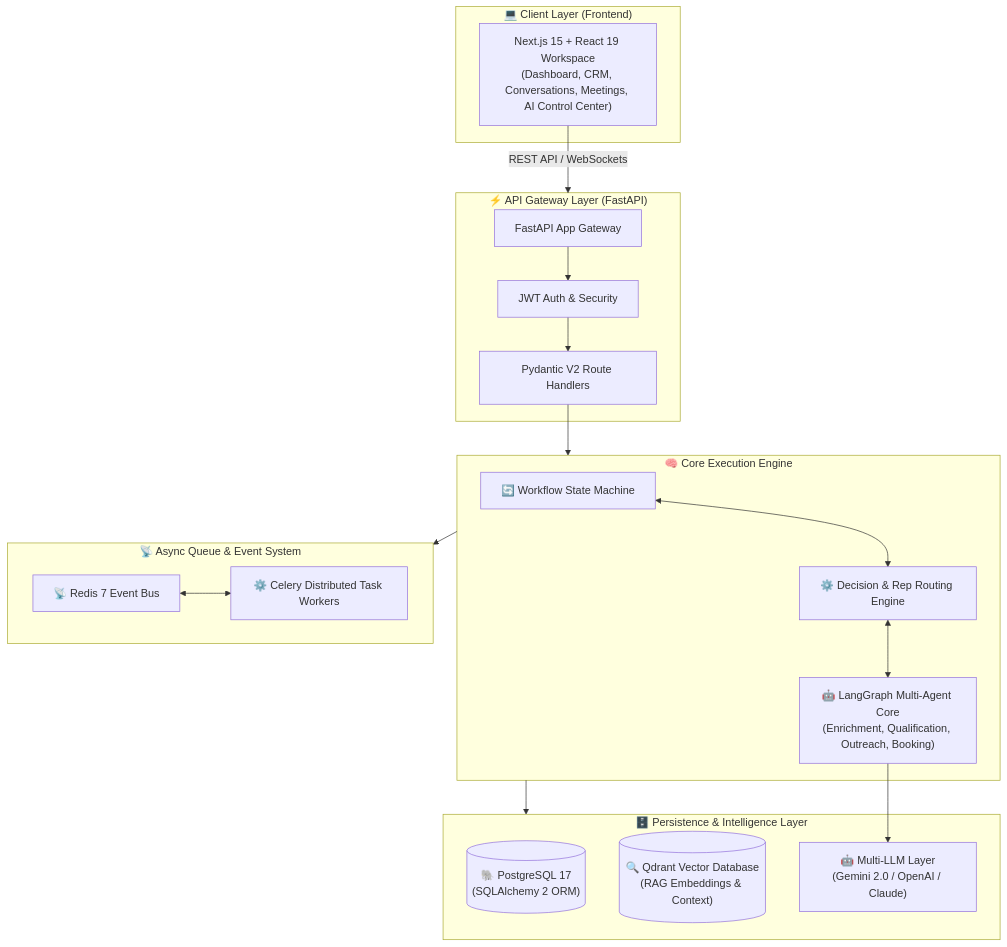
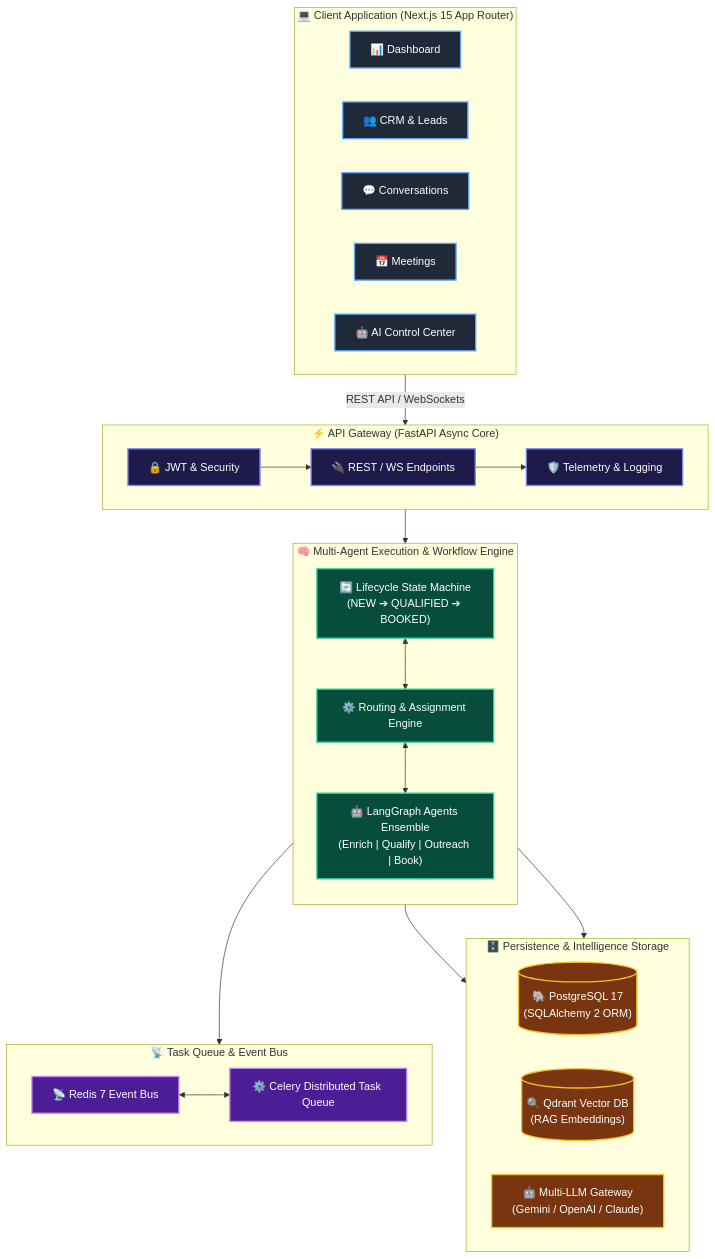
Before and after one commit to Devansh-Bansal-AI/SalesOS-AI: the first of 2 diagrams in README.md, drawn with Mermaid. The commit also changed other lines of this file, not shown here.

Commit message:
docs: overhaul README with executive header, styled badges, agent matrix, and colored Mermaid sequence/architecture diagrams

````diff
--- a/README.md
+++ b/README.md
@@ -80,43 +55,58 @@
 ```mermaid
-flowchart TD
-    subgraph Client ["💻 Client Layer (Frontend)"]
-        UI["Next.js 15 + React 19 Workspace<br/>(Dashboard, CRM, Conversations, Meetings, AI Control Center)"]
+flowchart TB
+    classDef client fill:#1f2937,stroke:#60a5fa,stroke-width:2px,color:#fff;
+    classDef gateway fill:#1e1b4b,stroke:#818cf8,stroke-width:2px,color:#fff;
+    classDef core fill:#064e3b,stroke:#34d399,stroke-width:2px,color:#fff;
+    classDef async fill:#4c1d95,stroke:#c084fc,stroke-width:2px,color:#fff;
+    classDef storage fill:#78350f,stroke:#fbbf24,stroke-width:2px,color:#fff;
+
+    subgraph ClientLayer ["💻 Client Application (Next.js 15 App Router)"]
+        direction LR
+        Dashboard["📊 Dashboard"]
+        CRM["👥 CRM & Leads"]
+        Conversations["💬 Conversations"]
+        Meetings["📅 Meetings"]
+        AICenter["🤖 AI Control Center"]
     end
+    class Dashboard,CRM,Conversations,Meetings,AICenter client;
 
-    subgraph Gateway ["⚡ API Gateway Layer (FastAPI)"]
-        API["FastAPI App Gateway"]
-        Auth["JWT Auth & Security"]
-        Router["Pydantic V2 Route Handlers"]
+    subgraph GatewayLayer ["⚡ API Gateway (FastAPI Async Core)"]
+        direction LR
+        Auth["🔒 JWT & Security"]
+        Router["🔌 REST / WS Endpoints"]
+        Middleware["🛡️ Telemetry & Logging"]
+        Auth --> Router --> Middleware
+    end
+    class Auth,Router,Middleware gateway;
 
-        API --> Auth
-        Auth --> Router
+    subgraph CoreLayer ["🧠 Multi-Agent Execution & Workflow Engine"]
+        direction TB
+        Workflow["🔄 Lifecycle State Machine<br/>(NEW ➔ QUALIFIED ➔ BOOKED)"]
+        Decisions["⚙️ Routing & Assignment Engine"]
+        Agents["🤖 LangGraph Agents Ensemble<br/>(Enrich | Qualify | Outreach | Book)"]
+        Workflow <--> Decisions <--> Agents
     end
+    class Workflow,Decisions,Agents core;
 
-    subgraph Core ["🧠 Core Execution Engine"]
-        Workflow["🔄 Workflow State Machine"]
-        Agents["🤖 LangGraph Multi-Agent Core<br/>(Enrichment, Qualification, Outreach, Booking)"]
-        Decisions["⚙️ Decision & Rep Routing Engine"]
-
-        Workflow <--> Decisions
-        Decisions <--> Agents
-    end
-
-    subgraph Async ["📡 Async Queue & Event System"]
+    subgraph AsyncLayer ["📡 Task Queue & Event Bus"]
+        direction LR
         RedisBus["📡 Redis 7 Event Bus"]
-        CeleryWorker["⚙️ Celery Distributed Task Workers"]
-
+        CeleryWorker["⚙️ Celery Distributed Task Queue"]
         RedisBus <--> CeleryWorker
     end
+    class RedisBus,CeleryWorker async;
 
-    subgraph Storage ["🗄️ Persistence & Intelligence Layer"]
+    subgraph StorageLayer ["🗄️ Persistence & Intelligence Storage"]
+        direction LR
         Postgres[("🐘 PostgreSQL 17<br/>(SQLAlchemy 2 ORM)")]
-        Qdrant[("🔍 Qdrant Vector Database<br/>(RAG Embeddings & Context)")]
-        LLM["🤖 Multi-LLM Layer<br/>(Gemini 2.0 / OpenAI / Claude)"]
+        Qdrant[("🔍 Qdrant Vector DB<br/>(RAG Embeddings)")]
+        LLM["🤖 Multi-LLM Gateway<br/>(Gemini / OpenAI / Claude)"]
     end
+    class Postgres,Qdrant,LLM storage;
 
-    UI -->|"REST API / WebSockets"| Gateway
-    Router --> Core
-    Core --> Async
-    Core --> Storage
+    ClientLayer -->|"REST API / WebSockets"| GatewayLayer
+    GatewayLayer --> CoreLayer
+    CoreLayer --> AsyncLayer
+    CoreLayer --> StorageLayer
     Agents --> LLM
 ```
````
